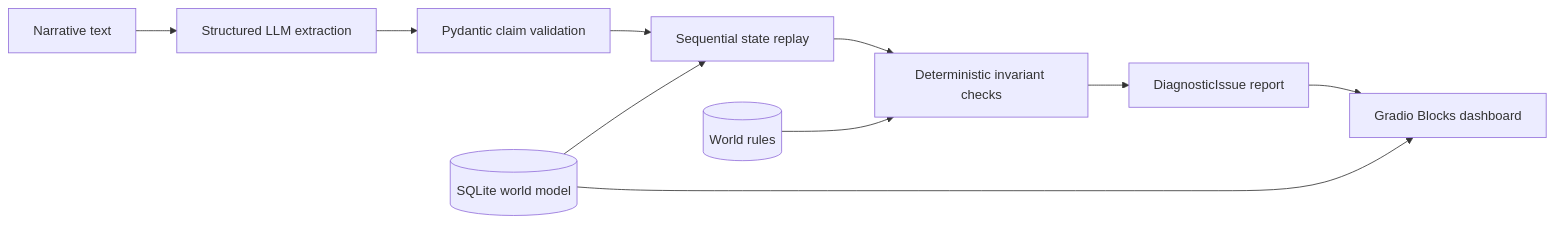
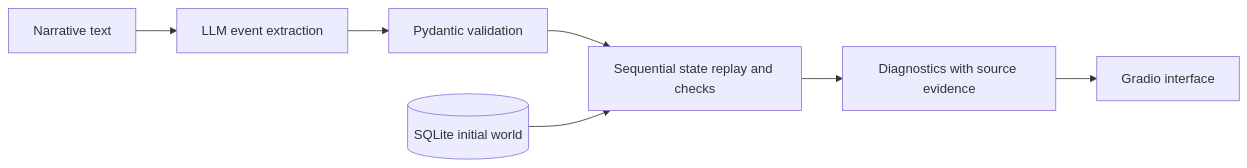
The diagram in README.md (cai7874/narrative-linter), drawn with Mermaid before and after one commit. The commit also changed other lines of this file and 11 other files, not shown here.

Commit message:
Fix narrative replay diagnostics and document coursework evidence

````diff
--- a/README.md
+++ b/README.md
@@ -9,12 +13,9 @@
 ```mermaid
 flowchart LR
-    A[Narrative text] --> B[Structured LLM extraction]
-    B --> C[Pydantic claim validation]
-    C --> D[Sequential state replay]
-    E[(SQLite world model)] --> D
-    D --> F[Deterministic invariant checks]
-    G[(World rules)] --> F
-    F --> H[DiagnosticIssue report]
-    H --> I[Gradio Blocks dashboard]
-    E --> I
+    A[Narrative text] --> B[LLM event extraction]
+    B --> C[Pydantic validation]
+    C --> D[Sequential state replay and checks]
+    E[(SQLite initial world)] --> D
+    D --> F[Diagnostics with source evidence]
+    F --> G[Gradio interface]
 ```
````
